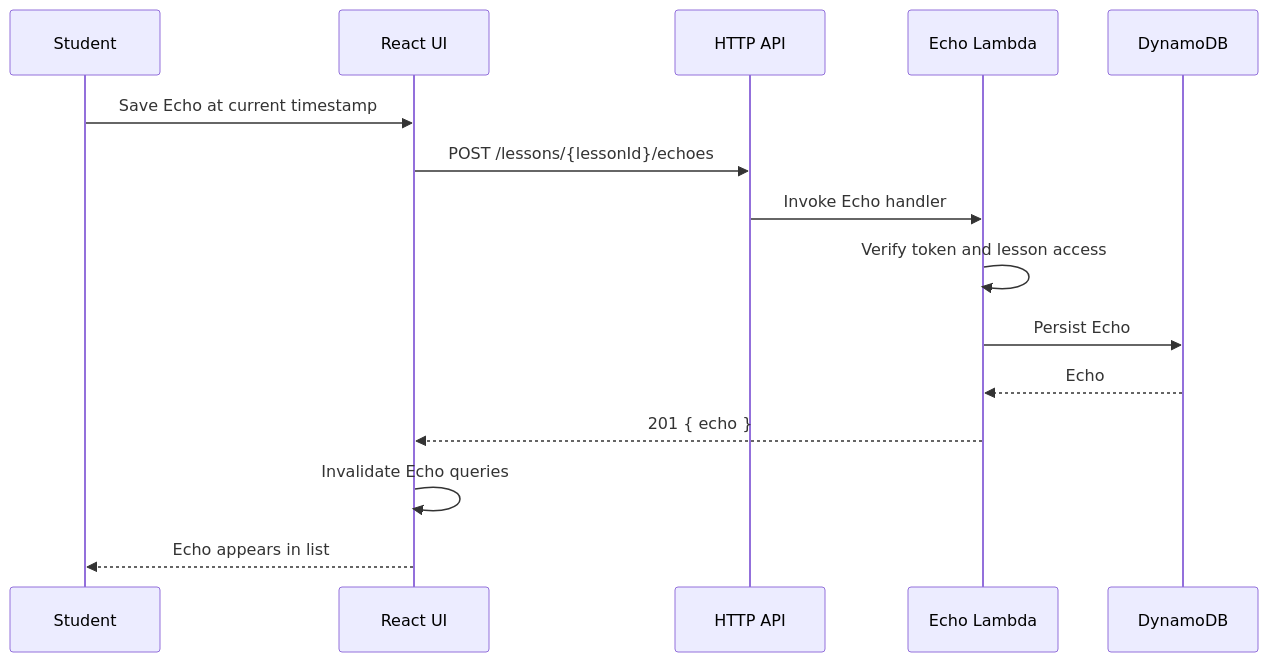
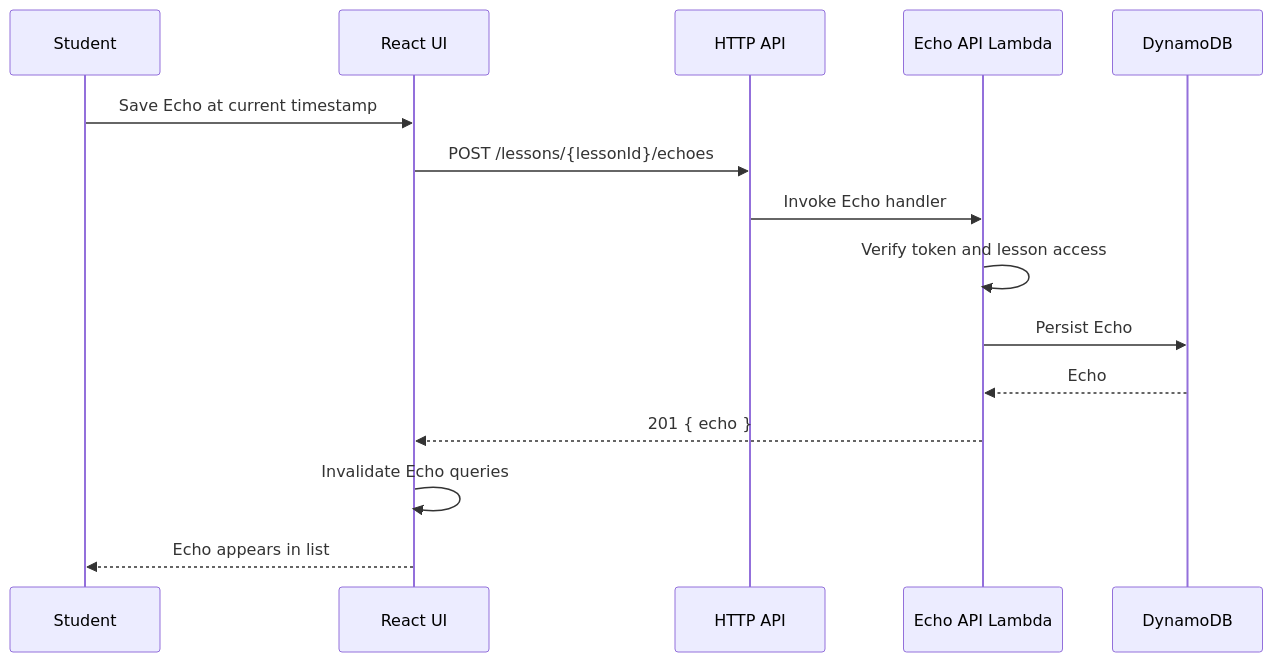
One commit to InfX2243/echoclass changed the first of 4 diagrams in docs/20-echoes-and-playback-focus-fix.md. Above: the diagram before and after it, drawn with Mermaid. The commit also changed other lines of this file and 15 other files, not shown here.

````diff
--- a/docs/20-echoes-and-playback-focus-fix.md
+++ b/docs/20-echoes-and-playback-focus-fix.md
@@ -77,18 +61,18 @@
 ```mermaid
 sequenceDiagram
   participant S as Student
   participant UI as React UI
   participant API as HTTP API
-  participant E as Echo Lambda
-  participant DB as DynamoDB
+  participant E as Echo API Lambda
+  participant D as DynamoDB
 
   S->>UI: Save Echo at current timestamp
   UI->>API: POST /lessons/{lessonId}/echoes
   API->>E: Invoke Echo handler
   E->>E: Verify token and lesson access
-  E->>DB: Persist Echo
-  DB-->>E: Echo
+  E->>D: Persist Echo
+  D-->>E: Echo
   E-->>UI: 201 { echo }
   UI->>UI: Invalidate Echo queries
   UI-->>S: Echo appears in list
 ```
````
